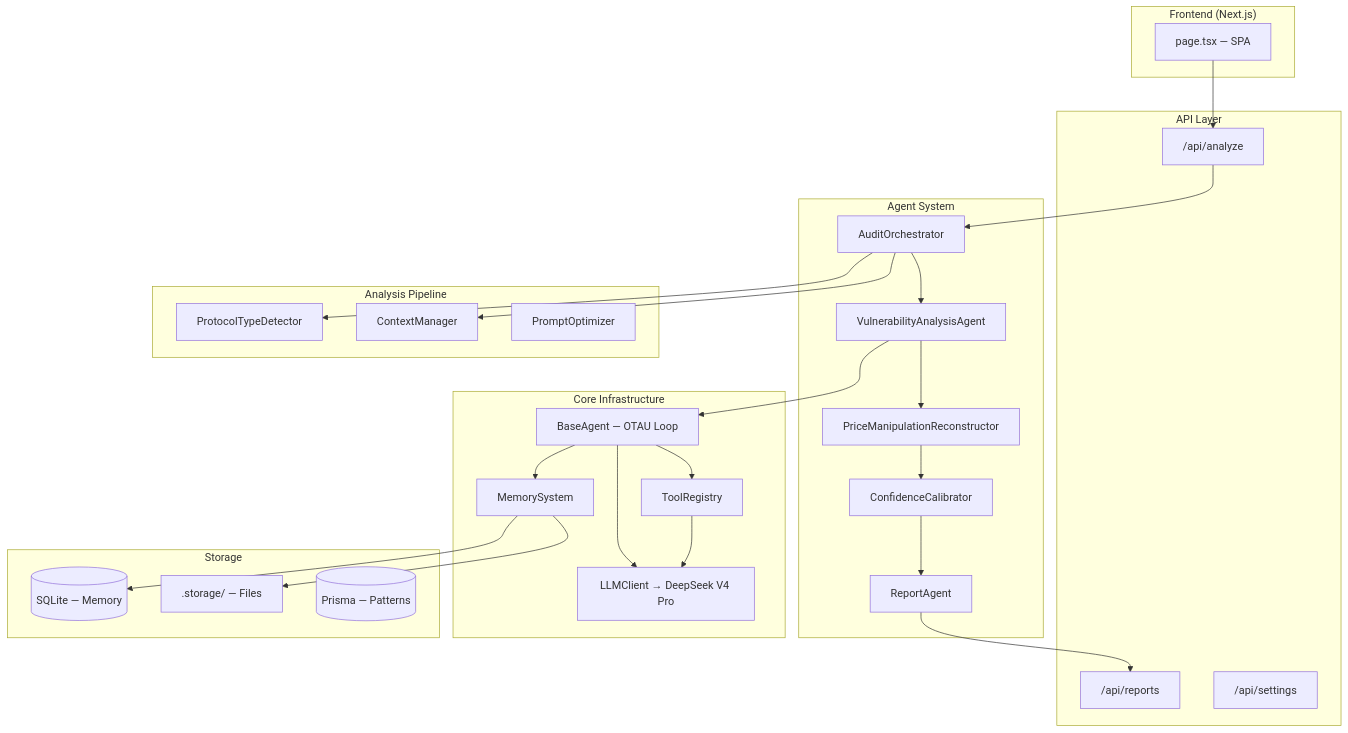
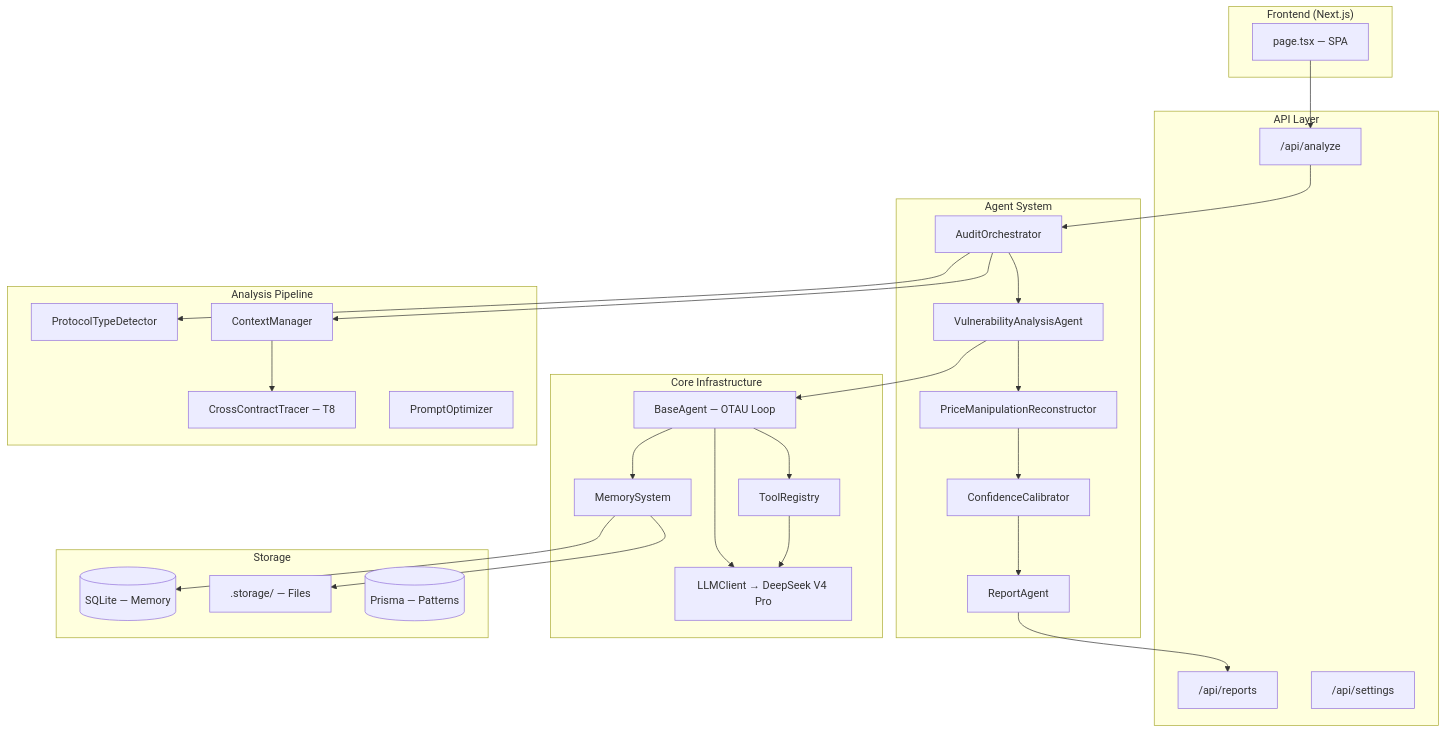
One commit to bzhengak/Multi-Agent-DeFi-Price-Manipulation-Audit-System changed the diagram in docs/architecture.md. Above: the diagram before and after it, drawn with Mermaid. The commit also changed other lines of this file and 20 other files, not shown here.

First line of the commit message:
feat(agents): T8 cross-contract tracer + T12 evaluation harness + T2 prompt optimizer integration

````diff
--- a/docs/architecture.md
+++ b/docs/architecture.md
@@ -9,58 +9,60 @@
 ```mermaid
 flowchart TD
     subgraph Frontend["Frontend (Next.js)"]
         UI[page.tsx — SPA]
     end
 
     subgraph API["API Layer"]
         ANALYZE["/api/analyze"]
         REPORTS["/api/reports"]
         SETTINGS["/api/settings"]
     end
 
     subgraph Agents["Agent System"]
         ORCH[AuditOrchestrator]
         VULN[VulnerabilityAnalysisAgent]
         RECON[PriceManipulationReconstructor]
         CAL[ConfidenceCalibrator]
         REPORT[ReportAgent]
     end
 
     subgraph Core["Core Infrastructure"]
         BASE[BaseAgent — OTAU Loop]
         TOOLS[ToolRegistry]
         MEM[MemorySystem]
         LLM[LLMClient → DeepSeek V4 Pro]
     end
 
     subgraph Analysis["Analysis Pipeline"]
         DET[ProtocolTypeDetector]
         CTX[ContextManager]
+        CCT[CrossContractTracer — T8]
         PO[PromptOptimizer]
     end
 
     subgraph Storage["Storage"]
         SQLITE[(SQLite — Memory)]
         BLOB[.storage/ — Files]
         PRISMA[(Prisma — Patterns)]
     end
 
     UI --> ANALYZE
     ANALYZE --> ORCH
     ORCH --> DET
     ORCH --> CTX
+    CTX --> CCT
     ORCH --> VULN
     VULN --> RECON
     RECON --> CAL
     CAL --> REPORT
     REPORT --> REPORTS
 
     VULN --> BASE
     BASE --> TOOLS
     BASE --> MEM
     BASE --> LLM
 
     TOOLS --> LLM
     MEM --> SQLITE
     MEM --> BLOB
 ```
````
